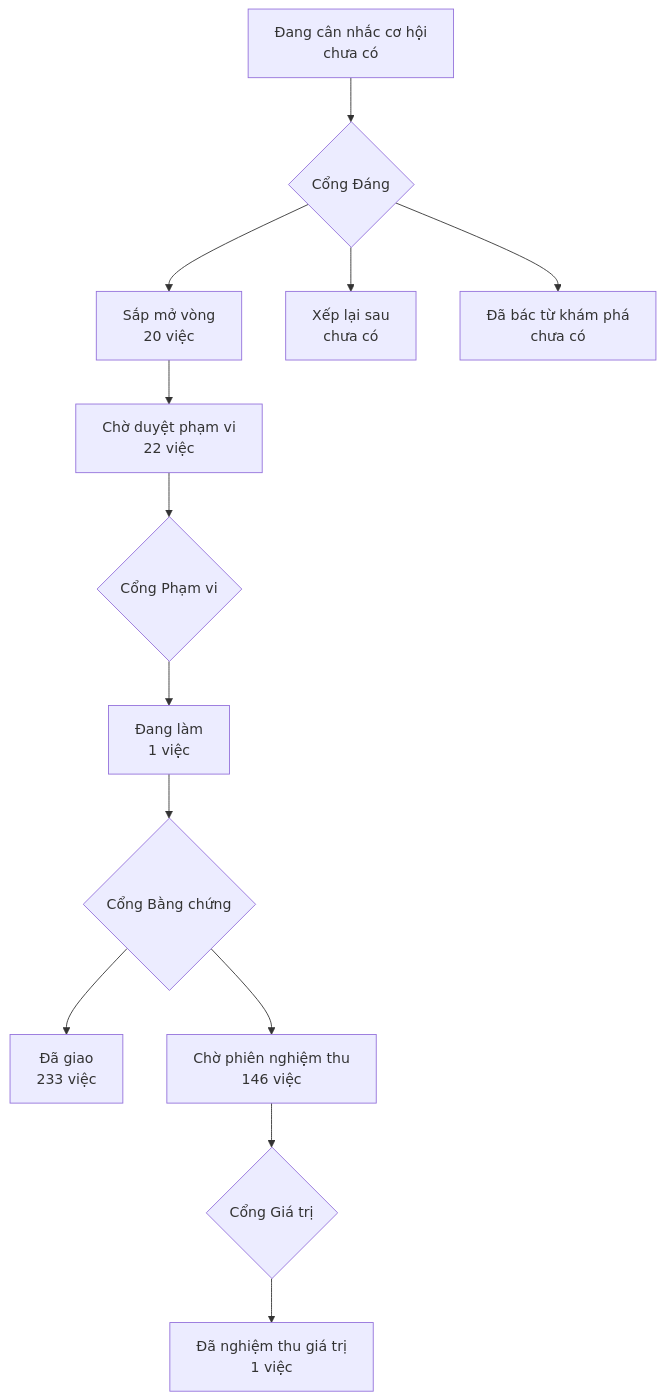
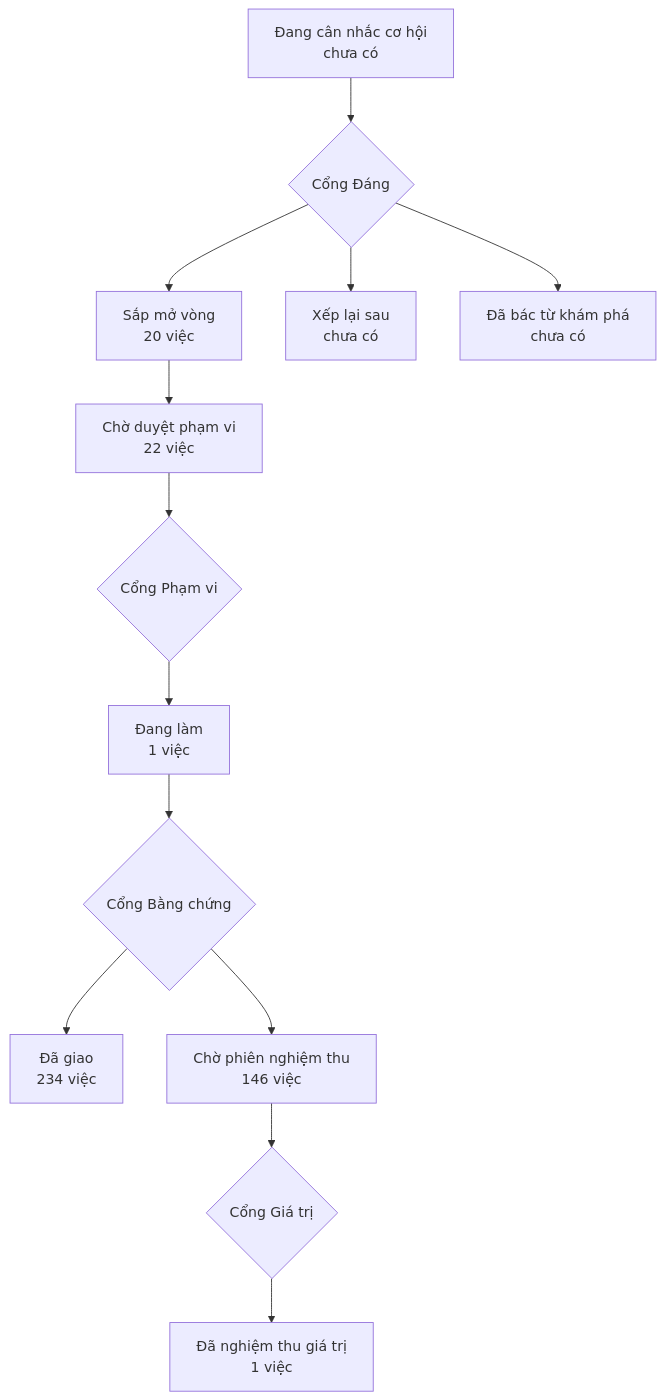
The diagram in PRODUCT-MAP.md (phanlemanh/onehub-invest), drawn with Mermaid before and after one commit. The commit also changed other lines of this file and 1 other file, not shown here.

Commit message:
chore: vẽ lại PRODUCT-MAP, LO-TRINH sau gộp main (HT33)

````diff
--- a/PRODUCT-MAP.md
+++ b/PRODUCT-MAP.md
@@ -7,12 +7,12 @@
 ```mermaid
 flowchart TD
   A["Đang cân nhắc cơ hội<br/>chưa có"] --> GD{"Cổng Đáng"}
   GD --> B["Sắp mở vòng<br/>20 việc"]
   GD --> XL["Xếp lại sau<br/>chưa có"]
   GD --> DB["Đã bác từ khám phá<br/>chưa có"]
   B --> CD["Chờ duyệt phạm vi<br/>22 việc"] --> GP{"Cổng Phạm vi"}
   GP --> DL["Đang làm<br/>1 việc"] --> GB{"Cổng Bằng chứng"}
-  GB --> DG["Đã giao<br/>233 việc"]
+  GB --> DG["Đã giao<br/>234 việc"]
   GB --> CN["Chờ phiên nghiệm thu<br/>146 việc"] --> GG{"Cổng Giá trị"}
   GG --> NT["Đã nghiệm thu giá trị<br/>1 việc"]
 ```
````
